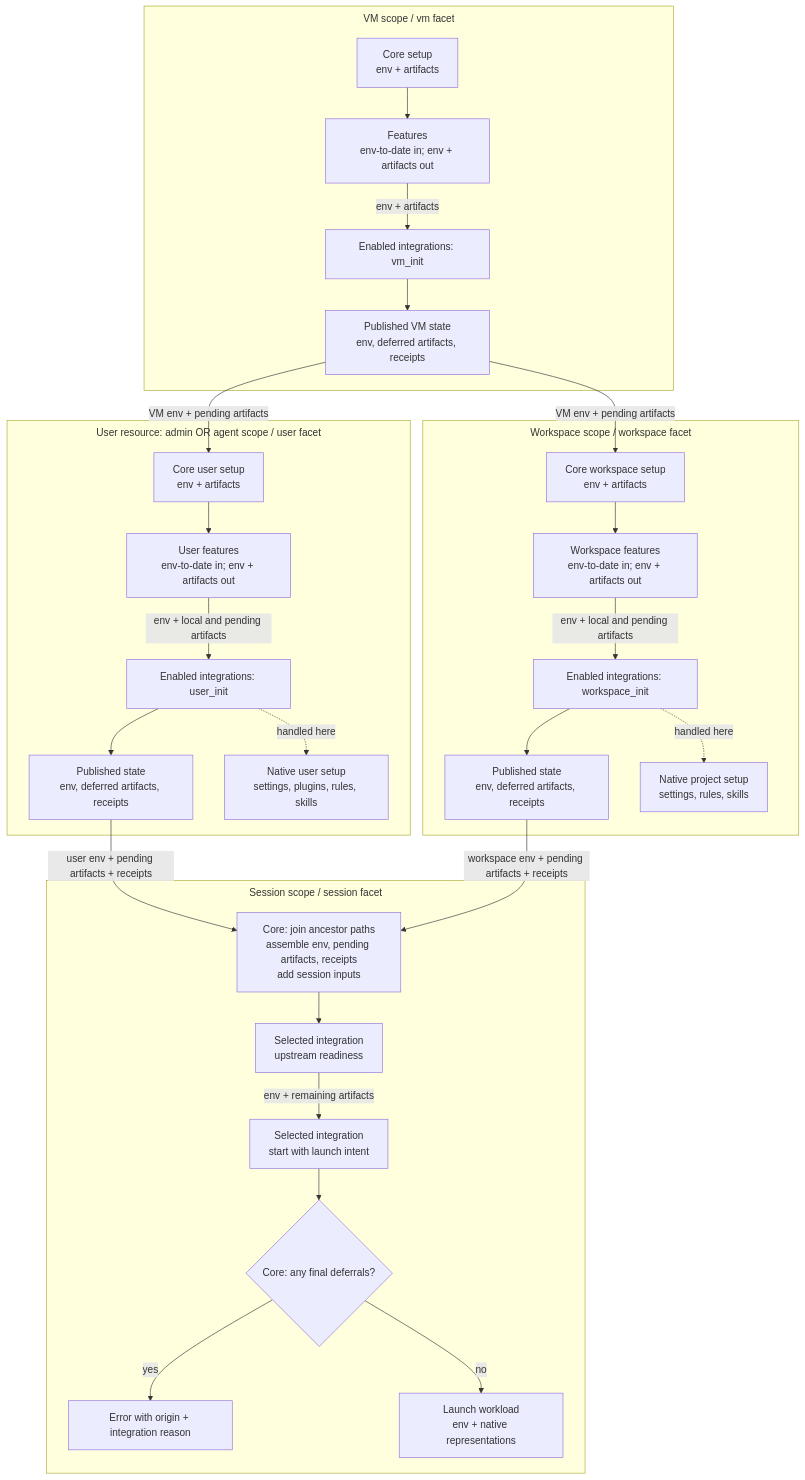
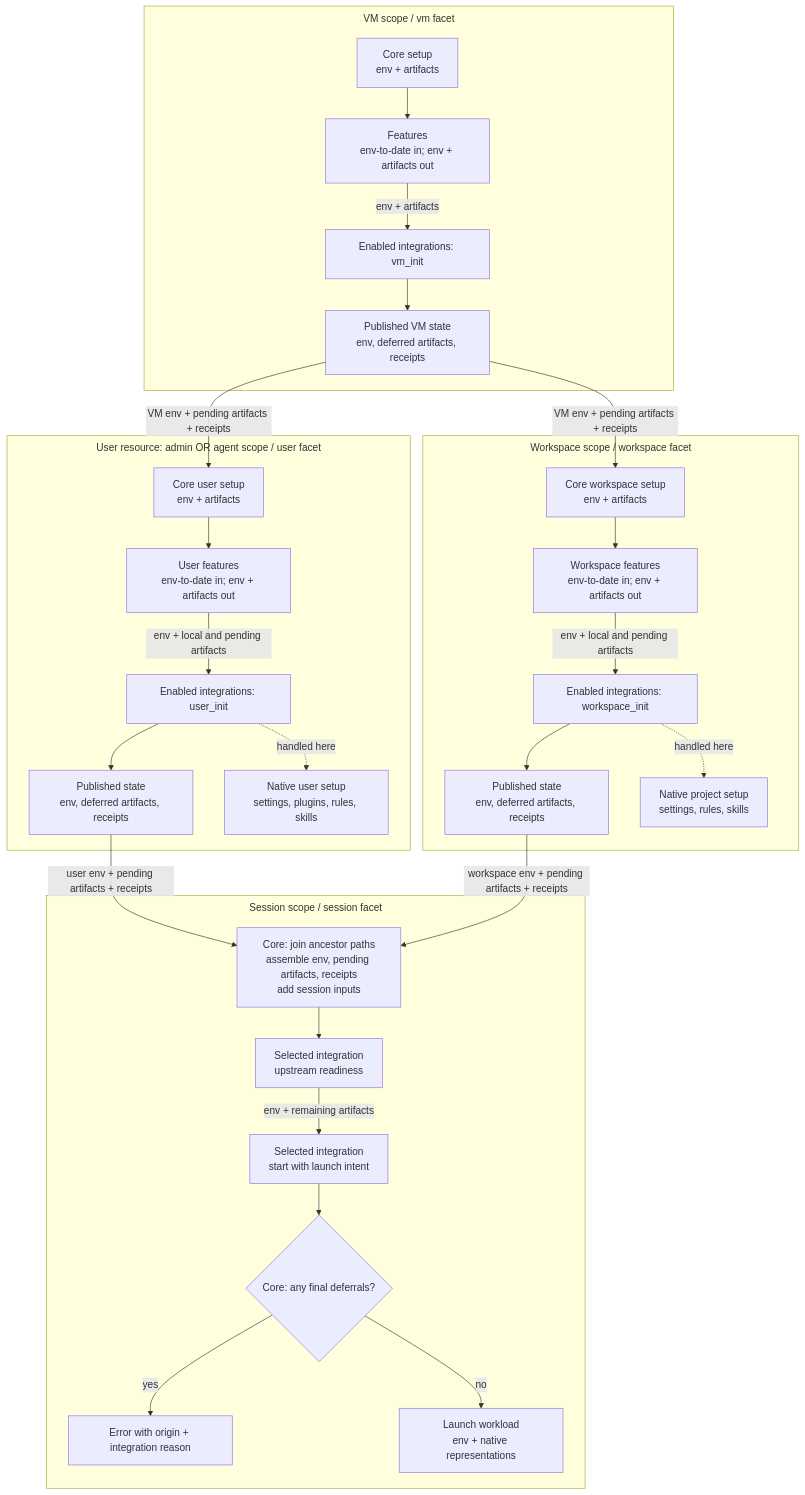
The diagram in docs/sdd/2026-09-06-harness-scope-framework/hla.md (WayfarerLabs/agentworks), drawn with Mermaid before and after one commit. The commit also changed other lines of this file and 1 other file, not shown here.

````diff
--- a/docs/sdd/2026-09-06-harness-scope-framework/hla.md
+++ b/docs/sdd/2026-09-06-harness-scope-framework/hla.md
@@ -27,39 +27,39 @@
 ```mermaid
 ---
 config:
   flowchart:
     subGraphTitleMargin:
       top: 8
       bottom: 18
 ---
 flowchart TB
     subgraph VM["VM scope / vm facet"]
         VC["Core setup<br/>env + artifacts"] --> VF["Features<br/>env-to-date in; env + artifacts out"]
         VF -->|"env + artifacts"| VH["Enabled integrations: vm_init"]
         VH --> VS["Published VM state<br/>env, deferred artifacts, receipts"]
     end
     subgraph User["User resource: admin OR agent scope / user facet"]
         UC["Core user setup<br/>env + artifacts"] --> UF["User features<br/>env-to-date in; env + artifacts out"]
         UF -->|"env + local and pending artifacts"| UH["Enabled integrations: user_init"]
         UH --> US["Published state<br/>env, deferred artifacts, receipts"]
         UH -.->|"handled here"| UN["Native user setup<br/>settings, plugins, rules, skills"]
     end
     subgraph Workspace["Workspace scope / workspace facet"]
         WC["Core workspace setup<br/>env + artifacts"] --> WF["Workspace features<br/>env-to-date in; env + artifacts out"]
         WF -->|"env + local and pending artifacts"| WH["Enabled integrations: workspace_init"]
         WH --> WS["Published state<br/>env, deferred artifacts, receipts"]
         WH -.->|"handled here"| WN["Native project setup<br/>settings, rules, skills"]
     end
-    VS -->|"VM env + pending artifacts"| UC
-    VS -->|"VM env + pending artifacts"| WC
+    VS -->|"VM env + pending artifacts + receipts"| UC
+    VS -->|"VM env + pending artifacts + receipts"| WC
     subgraph Session["Session scope / session facet"]
         SC["Core: join ancestor paths<br/>assemble env, pending artifacts, receipts<br/>add session inputs"]
         SC --> Ready["Selected integration<br/>upstream readiness"]
         Ready -->|"env + remaining artifacts"| SH["Selected integration<br/>start with launch intent"]
         SH --> Final{"Core: any final deferrals?"}
         Final -->|"yes"| Error["Error with origin + integration reason"]
         Final -->|"no"| Launch["Launch workload<br/>env + native representations"]
     end
     US -->|"user env + pending artifacts + receipts"| SC
     WS -->|"workspace env + pending artifacts + receipts"| SC
 ```
````
